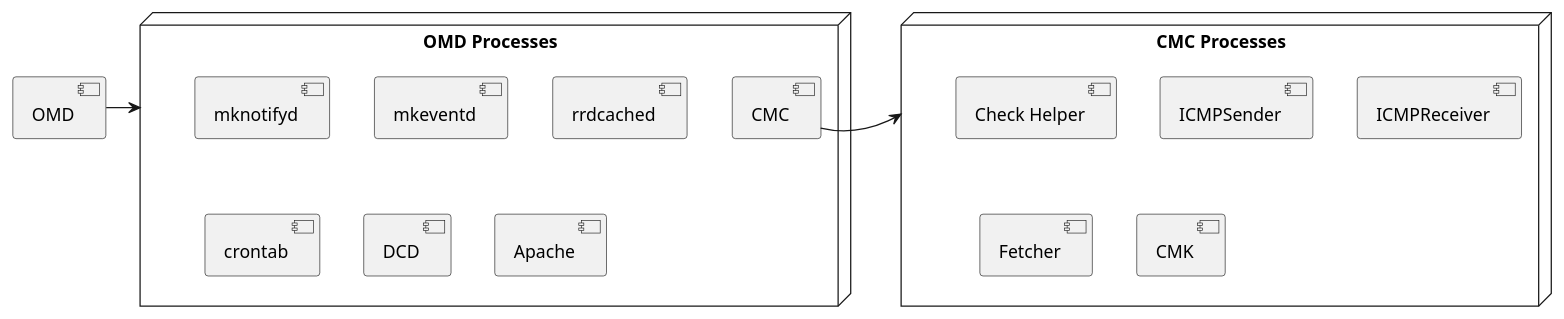
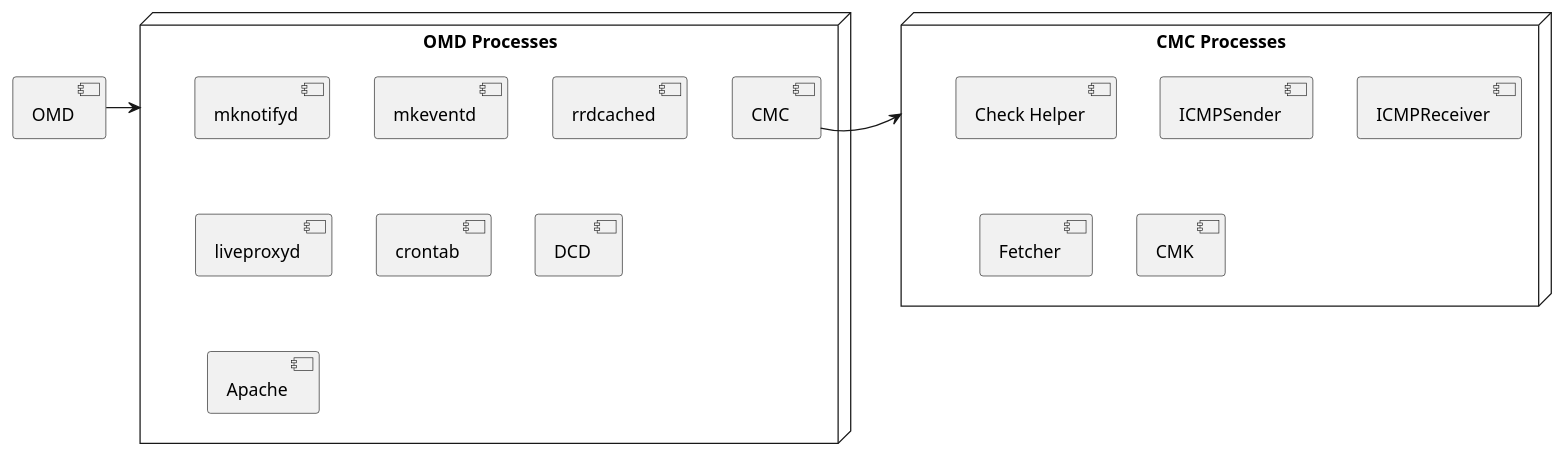
One commit to Checkmk/checkmk changed the diagram in doc/sw-architecture/checkmk-processes.puml. Above: the diagram before and after it, drawn with PlantUML. The commit also changed 5 other files, not shown here.

```diff
--- a/doc/sw-architecture/checkmk-processes.puml
+++ b/doc/sw-architecture/checkmk-processes.puml
@@ -1,21 +1,22 @@
 @startuml
 [OMD]
 node "OMD Processes" as omd_p {
     [mknotifyd]
     [mkeventd]
     [rrdcached]
+    [liveproxyd]
     [crontab]
     [DCD]
     [Apache]
     [CMC]
 }
 node "CMC Processes" as cmc_p {
     [Check Helper] as checker
     [ICMPSender]
     [ICMPReceiver]
     [Fetcher]
     [CMK]
 }
 OMD -> omd_p
 CMC -> cmc_p
 @enduml
```
